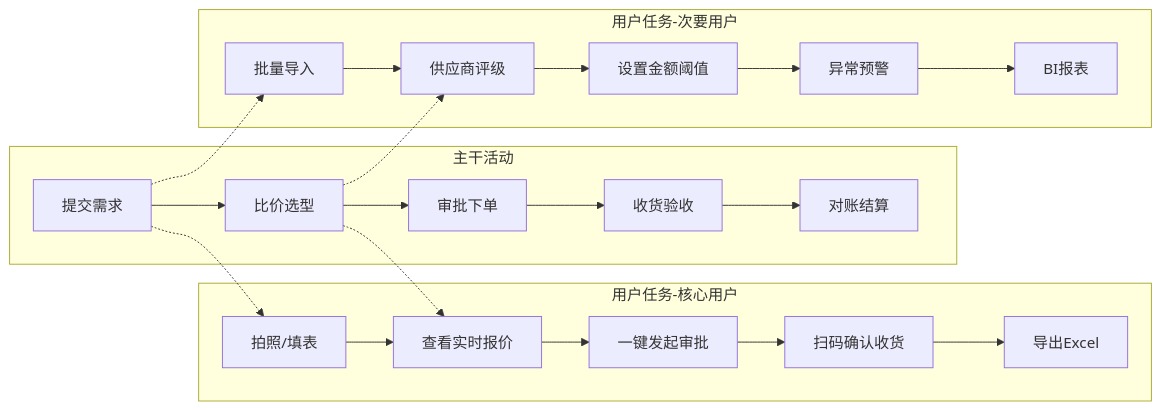
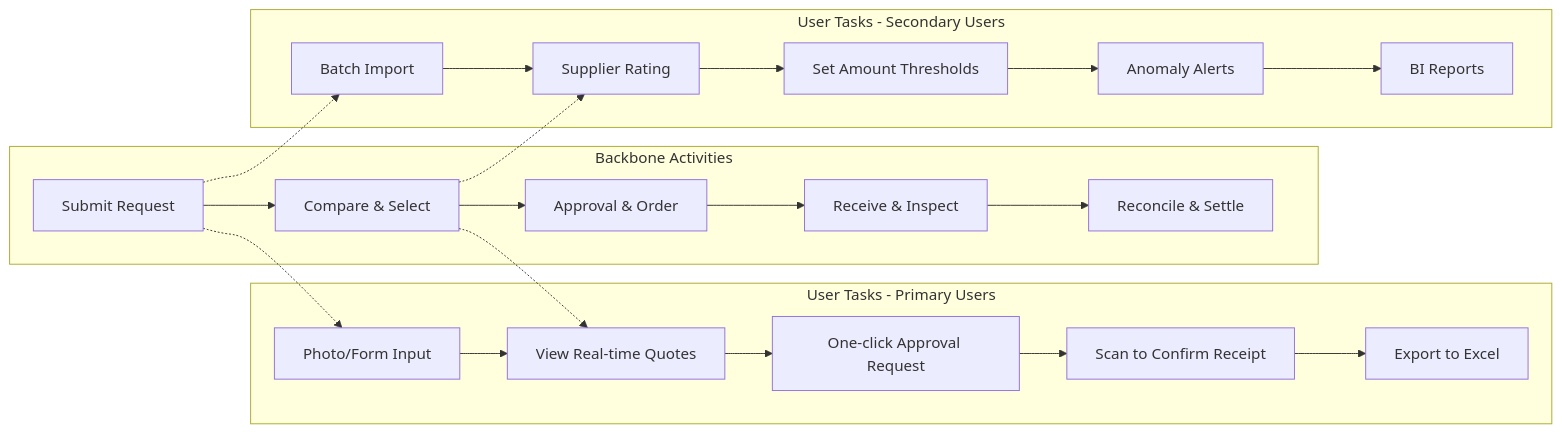
One commit to Kirky-X/cangjie changed the sixth of 18 diagrams in templates/产品/战略层/【模板】市场需求文档.md. Above: the diagram before and after it, drawn with Mermaid. The commit also changed other lines of this file and 46 other files, not shown here.

````diff
--- a/templates/产品/战略层/【模板】市场需求文档.md
+++ b/templates/产品/战略层/【模板】市场需求文档.md
@@ -224,19 +224,19 @@
 ```mermaid
 graph LR
-    subgraph 主干活动
-        A1[提交需求] --> A2[比价选型] --> A3[审批下单] --> A4[收货验收] --> A5[对账结算]
+    subgraph Backbone Activities
+        A1[Submit Request] --> A2[Compare & Select] --> A3[Approval & Order] --> A4[Receive & Inspect] --> A5[Reconcile & Settle]
     end
 
-    subgraph 用户任务-核心用户
-        B1[拍照/填表] --> B2[查看实时报价] --> B3[一键发起审批] --> B4[扫码确认收货] --> B5[导出Excel]
+    subgraph User Tasks - Primary Users
+        B1[Photo/Form Input] --> B2[View Real-time Quotes] --> B3[One-click Approval Request] --> B4[Scan to Confirm Receipt] --> B5[Export to Excel]
     end
 
-    subgraph 用户任务-次要用户
-        C1[批量导入] --> C2[供应商评级] --> C3[设置金额阈值] --> C4[异常预警] --> C5[BI报表]
+    subgraph User Tasks - Secondary Users
+        C1[Batch Import] --> C2[Supplier Rating] --> C3[Set Amount Thresholds] --> C4[Anomaly Alerts] --> C5[BI Reports]
     end
 
     A1 -.-> B1
     A1 -.-> C1
     A2 -.-> B2
     A2 -.-> C2
 ```
````
